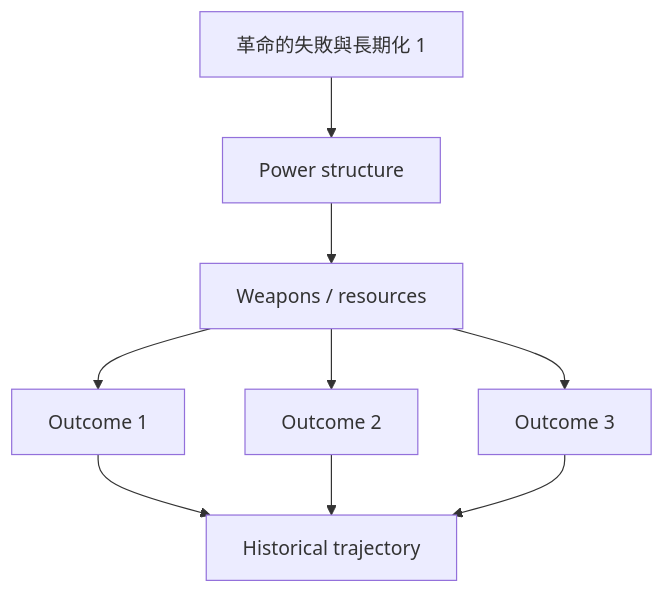
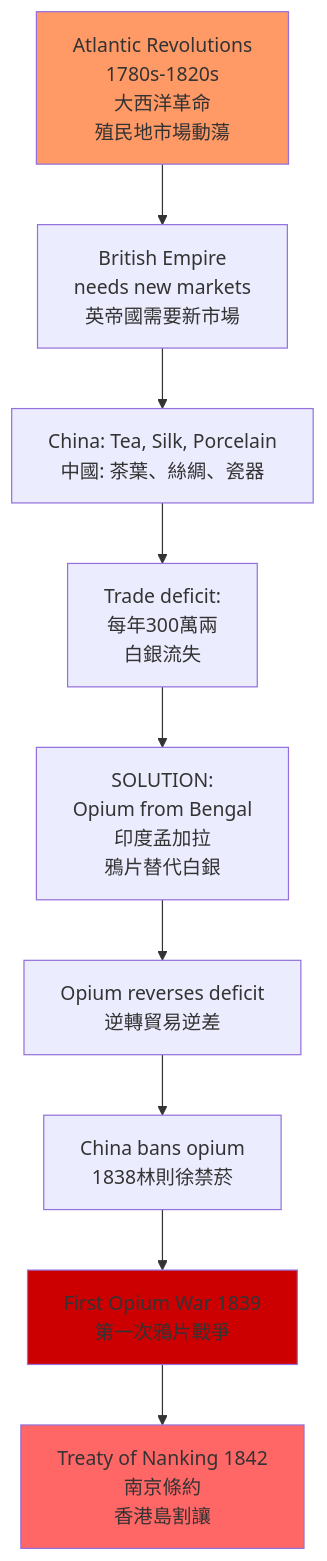
The fifth of 10 diagrams in 01_HKU_Courses/HIST2229_Global_Atlantic_revolutions.md (yip-lgtm/HKU-Harvard-History-Self-Study), drawn with Mermaid before and after one commit. The commit also changed other lines of this file and 8 other files, not shown here.

````diff
--- a/01_HKU_Courses/HIST2229_Global_Atlantic_revolutions.md
+++ b/01_HKU_Courses/HIST2229_Global_Atlantic_revolutions.md
@@ -263,11 +314,14 @@
 ```mermaid
 graph TD
-    A[革命的失敗與長期化 1] --> B[Power structure]
-    B --> C[Weapons / resources]
-    C --> D[Outcome 1]
-    C --> E[Outcome 2]
-    C --> F[Outcome 3]
-    D --> G[Historical trajectory]
-    E --> G
-    F --> G
+    A[Atlantic Revolutions<br/>1780s-1820s<br/>大西洋革命<br/>殖民地市場動蕩] --> B[British Empire<br/>needs new markets<br/>英帝國需要新市場]
+    B --> C[China: Tea, Silk, Porcelain<br/>中國: 茶葉、絲綢、瓷器]
+    C --> D[Trade deficit:<br/>每年300萬兩<br/>白銀流失]
+    D --> E[SOLUTION:<br/>Opium from Bengal<br/>印度孟加拉<br/>鴉片替代白銀]
+    E --> F[Opium reverses deficit<br/>逆轉貿易逆差]
+    F --> G[China bans opium<br/>1838林則徐禁菸]
+    G --> H[First Opium War 1839<br/>第一次鴉片戰爭]
+    H --> I[Treaty of Nanking 1842<br/>南京條約<br/>香港島割讓]
+    style A fill:#f96
+    style H fill:#c00
+    style I fill:#f66
 ```
````
